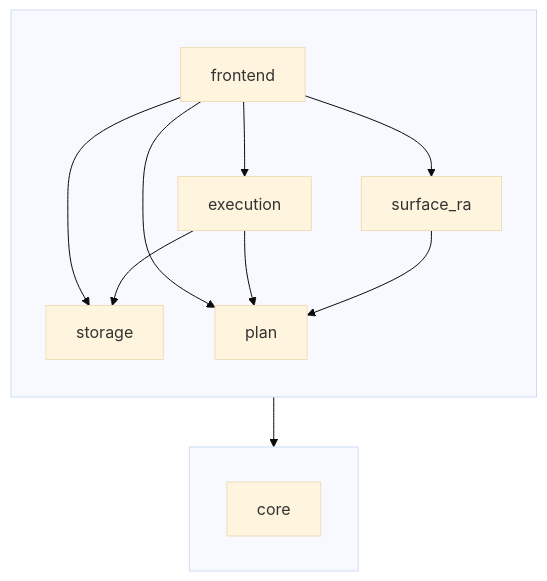
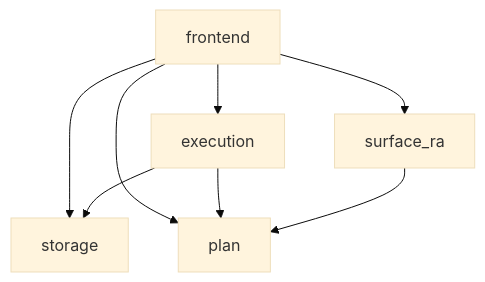
Before and after one commit to notahat/dovetail: the diagram in docs/internals/architecture.md, drawn with Mermaid (base theme). The commit also changed other lines of this file, not shown here.

First line of the commit message:
Trim architecture doc to layers and sub-libraries

````diff
--- a/docs/internals/architecture.md
+++ b/docs/internals/architecture.md
@@ -99,27 +81,12 @@
 ```mermaid
 graph TD
-  subgraph upper [ ]
-    direction TB
-    storage[storage]
-    plan[plan]
-    surface_ra[surface_ra]
-    execution[execution]
-    frontend[frontend]
+  surface_ra --> plan
 
-    surface_ra --> plan
+  execution --> storage
+  execution --> plan
 
-    execution --> storage
-    execution --> plan
-
-    frontend --> storage
-    frontend --> plan
-    frontend --> surface_ra
-    frontend --> execution
-  end
-
-  subgraph foundation [ ]
-    core[core]
-  end
-
-  upper --> foundation
+  frontend --> storage
+  frontend --> plan
+  frontend --> surface_ra
+  frontend --> execution
 ```
````
